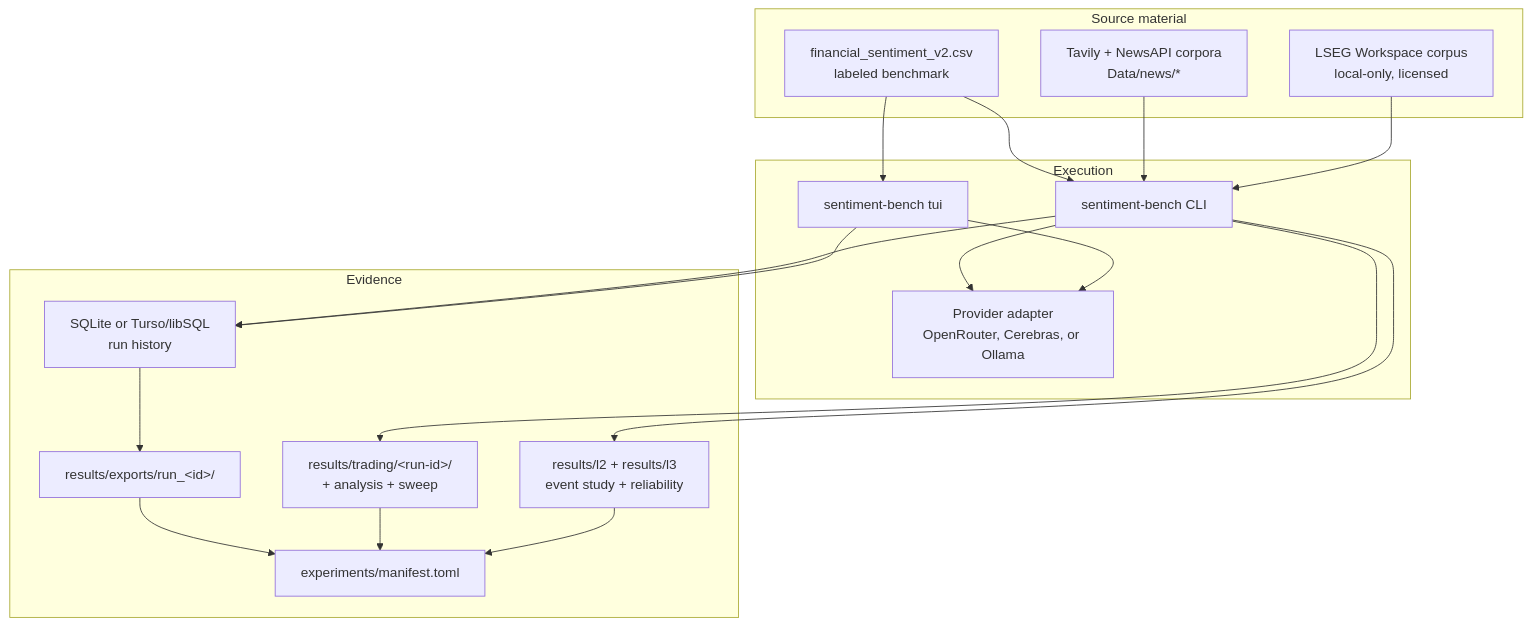
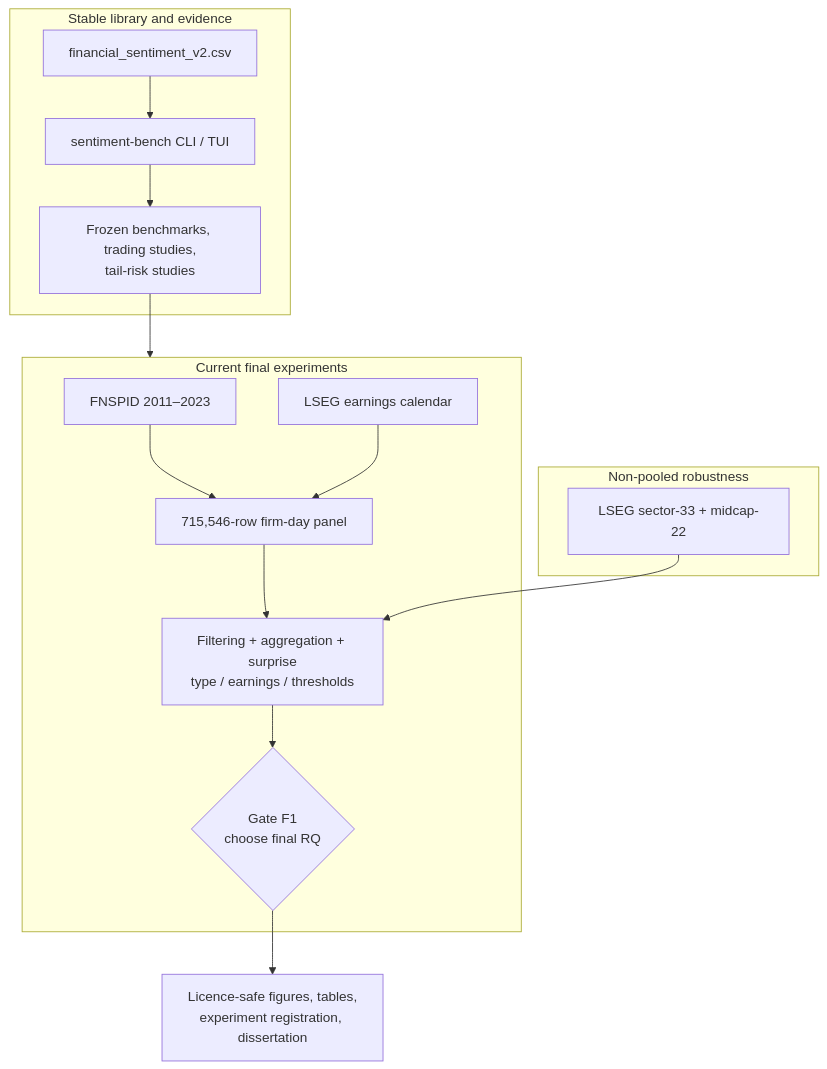
Before and after one commit to PeterLP123/Sentiment_Dissertation: the diagram in docs/README.md, drawn with Mermaid. The commit also changed other lines of this file and 12 other files, not shown here.

Commit message:
docs: align repository guidance with final experiments

````diff
--- a/docs/README.md
+++ b/docs/README.md
@@ -59,34 +106,25 @@
 ```mermaid
 flowchart TB
-    subgraph Source["Source material"]
-        D["financial_sentiment_v2.csv<br/>labeled benchmark"]
-        N["Tavily + NewsAPI corpora<br/>Data/news/*"]
-        LS["LSEG Workspace corpus<br/>local-only, licensed"]
+    subgraph Stable["Stable library and evidence"]
+        D["financial_sentiment_v2.csv"]
+        CLI["sentiment-bench CLI / TUI"]
+        OLD["Frozen benchmarks, trading studies,<br/>tail-risk studies"]
+        D --> CLI --> OLD
     end
-    subgraph Execution["Execution"]
-        CLI["sentiment-bench CLI"]
-        TUI["sentiment-bench tui"]
-        P["Provider adapter<br/>OpenRouter, Cerebras, or Ollama"]
+    subgraph Final["Current final experiments"]
+        F["FNSPID 2011–2023"]
+        E["LSEG earnings calendar"]
+        P["715,546-row firm-day panel"]
+        W["Filtering + aggregation + surprise<br/>type / earnings / thresholds"]
+        G{"Gate F1<br/>choose final RQ"}
+        F --> P
+        E --> P
+        P --> W --> G
     end
-    subgraph Evidence["Evidence"]
-        DB["SQLite or Turso/libSQL<br/>run history"]
-        E["results/exports/run_&lt;id&gt;/"]
-        TR["results/trading/&lt;run-id&gt;/<br/>+ analysis + sweep"]
-        L23["results/l2 + results/l3<br/>event study + reliability"]
-        M["experiments/manifest.toml"]
+    subgraph Robustness["Non-pooled robustness"]
+        L["LSEG sector-33 + midcap-22"]
     end
-    D --> CLI
-    N --> CLI
-    LS --> CLI
-    D --> TUI
-    CLI --> P
-    TUI --> P
-    CLI --> DB
-    TUI --> DB
-    DB --> E
-    CLI --> TR
-    CLI --> L23
-    E --> M
-    TR --> M
-    L23 --> M
+    OLD --> Final
+    L --> W
+    G --> OUT["Licence-safe figures, tables,<br/>experiment registration, dissertation"]
 ```
````
